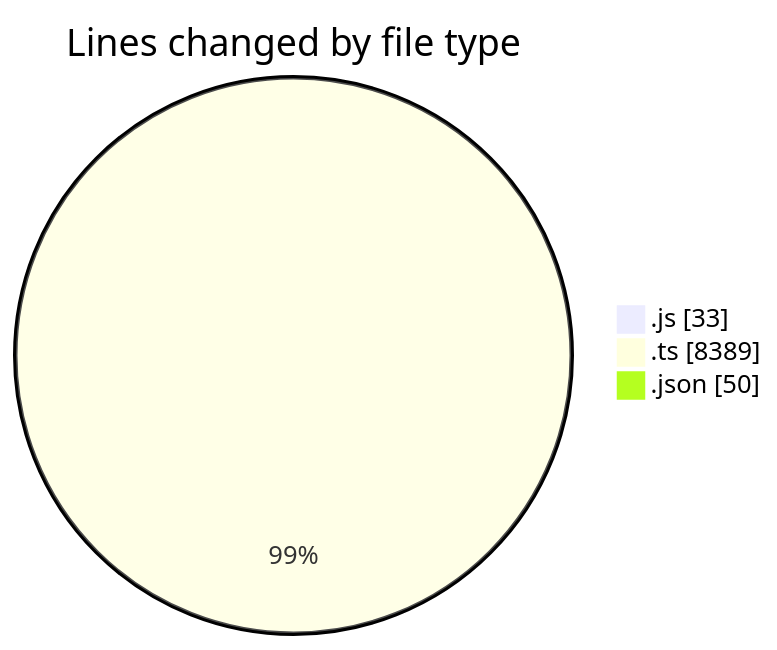
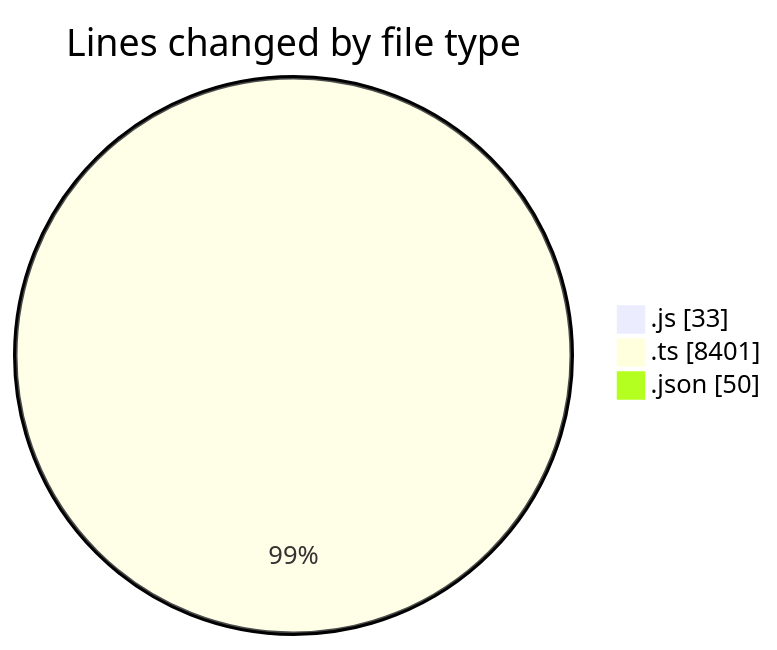
One commit to momahboobian/code-tracking changed the first of 2 diagrams in 2025-09-08/cda/README.md. Above: the diagram before and after it, drawn with Mermaid. The commit also changed other lines of this file and 1 other file, not shown here.

````diff
--- a/2025-09-08/cda/README.md
+++ b/2025-09-08/cda/README.md
@@ -25,7 +25,7 @@
 ```mermaid
 pie showData
 title Lines changed by file type
 ".js" : 33
-".ts" : 8389
+".ts" : 8401
 ".json" : 50
 ```
````
